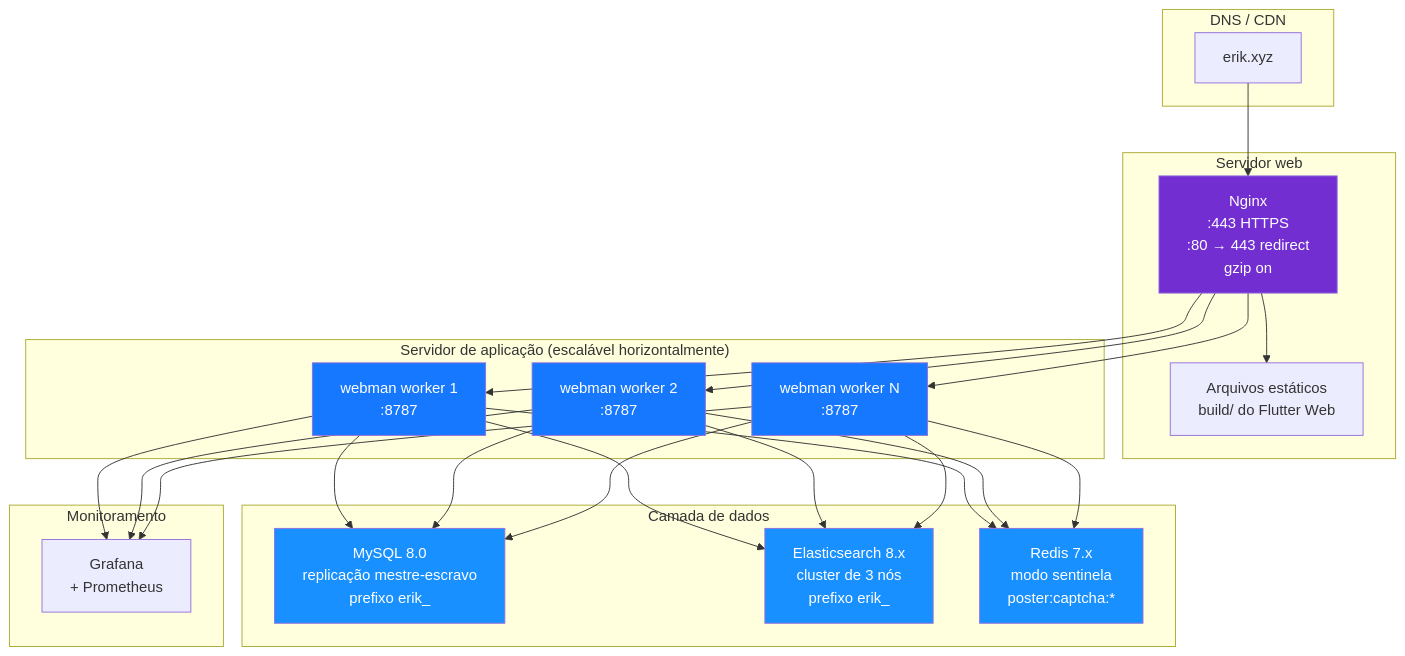
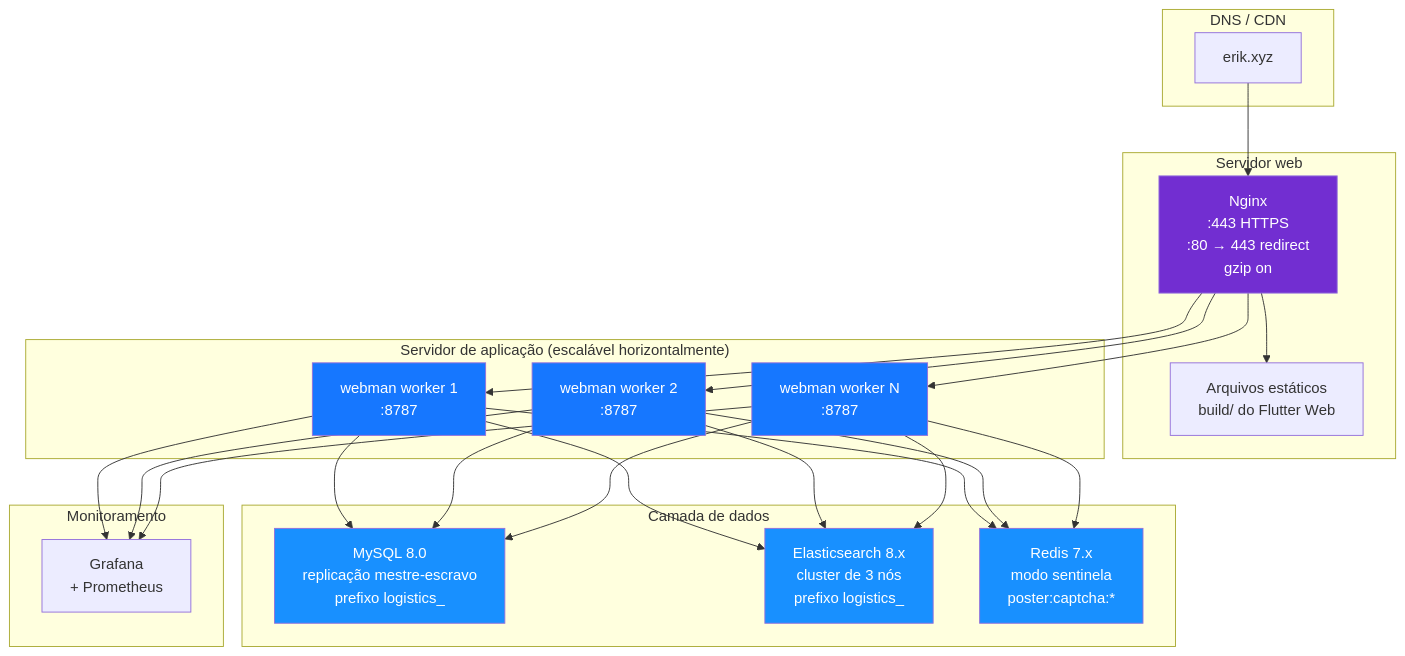
One commit to erikwang2013/integrated-global-logistics changed diagram 14 of 14 in admin/docs/ARCHITECTURE.pt.md. Above: the diagram before and after it, drawn with Mermaid. The commit also changed other lines of this file and 211 other files, not shown here.

````diff
--- a/admin/docs/ARCHITECTURE.pt.md
+++ b/admin/docs/ARCHITECTURE.pt.md
@@ -652,43 +652,43 @@
 ```mermaid
 flowchart TB
     subgraph "DNS / CDN"
         DNS["erik.xyz"]
     end
 
     subgraph "Servidor web"
         NGX["Nginx<br/>:443 HTTPS<br/>:80 → 443 redirect<br/>gzip on"]
         STA["Arquivos estáticos<br/>build/ do Flutter Web"]
     end
 
     subgraph "Servidor de aplicação (escalável horizontalmente)"
         WM1["webman worker 1<br/>:8787"]
         WM2["webman worker 2<br/>:8787"]
         WM3["webman worker N<br/>:8787"]
     end
 
     subgraph "Camada de dados"
-        MYSQL["MySQL 8.0<br/>replicação mestre-escravo<br/>prefixo erik_"]
-        ES["Elasticsearch 8.x<br/>cluster de 3 nós<br/>prefixo erik_"]
+        MYSQL["MySQL 8.0<br/>replicação mestre-escravo<br/>prefixo logistics_"]
+        ES["Elasticsearch 8.x<br/>cluster de 3 nós<br/>prefixo logistics_"]
         REDIS["Redis 7.x<br/>modo sentinela<br/>poster:captcha:*"]
     end
 
     subgraph "Monitoramento"
         MON["Grafana<br/>+ Prometheus"]
     end
 
     DNS --> NGX
     NGX --> STA
     NGX --> WM1 & WM2 & WM3
     WM1 & WM2 & WM3 --> MYSQL
     WM1 & WM2 & WM3 --> ES
     WM1 & WM2 & WM3 --> REDIS
     WM1 & WM2 & WM3 --> MON
 
     style NGX fill:#722ED1,color:#fff
     style WM1 fill:#1677FF,color:#fff
     style WM2 fill:#1677FF,color:#fff
     style WM3 fill:#1677FF,color:#fff
     style MYSQL fill:#1890FF,color:#fff
     style ES fill:#1890FF,color:#fff
     style REDIS fill:#1890FF,color:#fff
 ```
````
